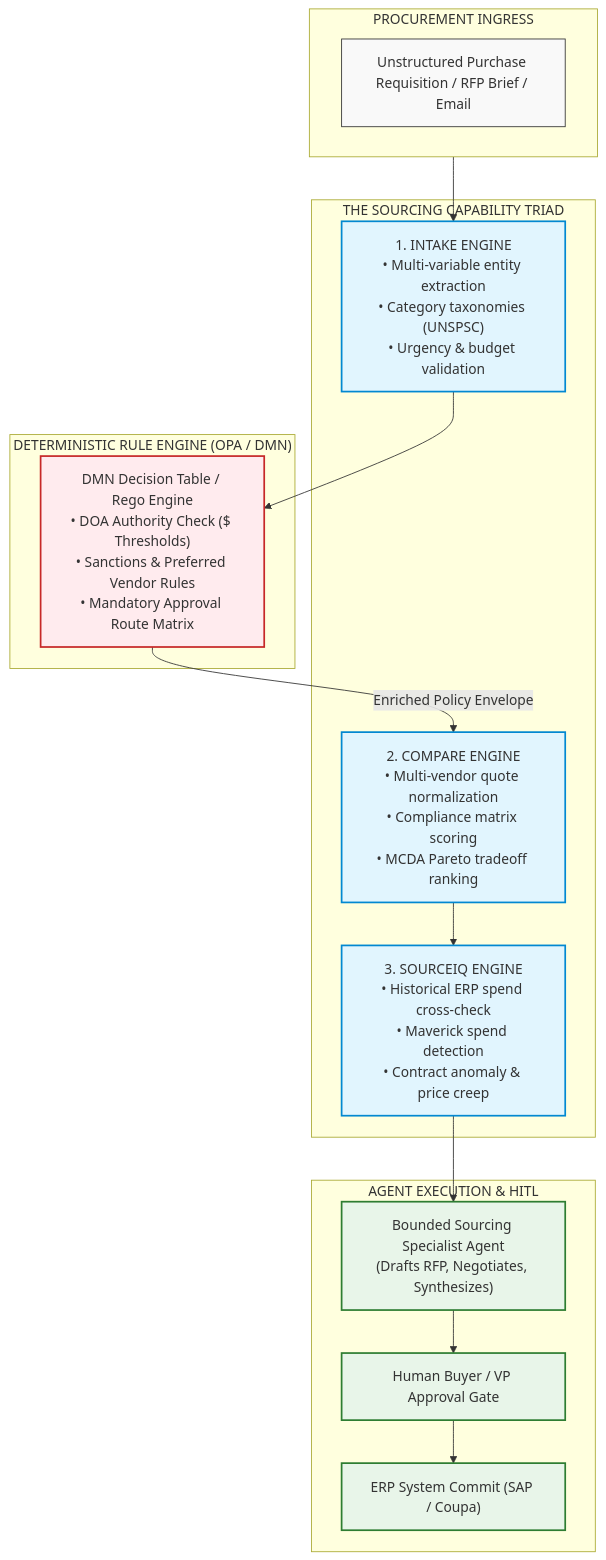
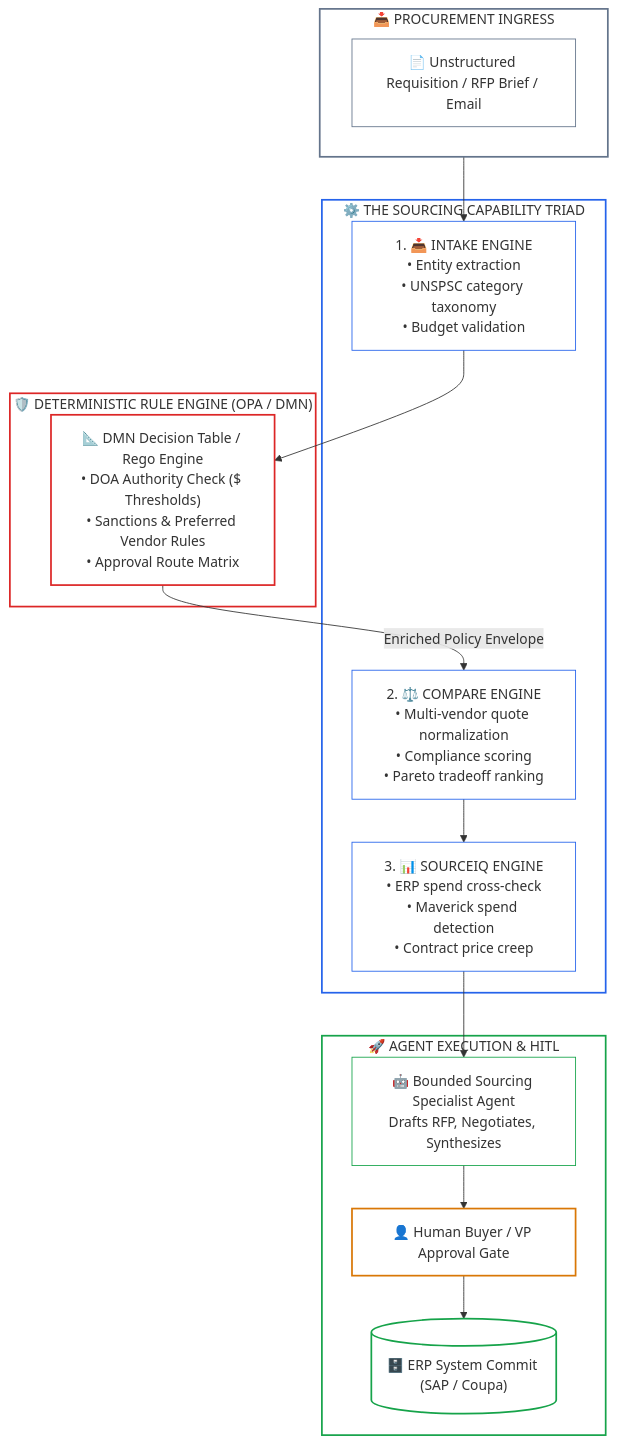
One commit to dip4k/senior-engineer-to-ai-engineer-roadmap changed the first of 2 diagrams in 04-agentic-systems-and-orchestration/reference/enterprise-sourcing-opa-case-study.md. Above: the diagram before and after it, drawn with Mermaid. The commit also changed other lines of this file and 94 other files, not shown here.

Commit message:
refactor(curriculum): complete Phase 04 upgrade and enforce diagram renderer invariants

````diff
--- a/04-agentic-systems-and-orchestration/reference/enterprise-sourcing-opa-case-study.md
+++ b/04-agentic-systems-and-orchestration/reference/enterprise-sourcing-opa-case-study.md
@@ -29,35 +29,43 @@
 ```mermaid
 flowchart TD
-    classDef ingress fill:#f9f9f9,stroke:#333,stroke-width:1px;
-    classDef triad fill:#e1f5fe,stroke:#0288d1,stroke-width:2px;
-    classDef boundary fill:#ffebee,stroke:#c62828,stroke-width:2px;
-    classDef exec fill:#e8f5e9,stroke:#2e7d32,stroke-width:2px;
-
-    subgraph Ingress["PROCUREMENT INGRESS"]
-        Req["Unstructured Purchase Requisition / RFP Brief / Email"]:::ingress
+    subgraph Ingress["📥 PROCUREMENT INGRESS"]
+        Req["📄 Unstructured Requisition / RFP Brief / Email"]
     end
 
-    subgraph CapabilityTriad["THE SOURCING CAPABILITY TRIAD"]
-        Intake["1. INTAKE ENGINE\n• Multi-variable entity extraction\n• Category taxonomies (UNSPSC)\n• Urgency & budget validation"]:::triad
-        Compare["2. COMPARE ENGINE\n• Multi-vendor quote normalization\n• Compliance matrix scoring\n• MCDA Pareto tradeoff ranking"]:::triad
-        SourceIQ["3. SOURCEIQ ENGINE\n• Historical ERP spend cross-check\n• Maverick spend detection\n• Contract anomaly & price creep"]:::triad
+    subgraph CapabilityTriad["⚙️ THE SOURCING CAPABILITY TRIAD"]
+        Intake["1. 📥 INTAKE ENGINE<br/>• Entity extraction<br/>• UNSPSC category taxonomy<br/>• Budget validation"]
+        Compare["2. ⚖️ COMPARE ENGINE<br/>• Multi-vendor quote normalization<br/>• Compliance scoring<br/>• Pareto tradeoff ranking"]
+        SourceIQ["3. 📊 SOURCEIQ ENGINE<br/>• ERP spend cross-check<br/>• Maverick spend detection<br/>• Contract price creep"]
     end
 
-    subgraph DeterministicBoundary["DETERMINISTIC RULE ENGINE (OPA / DMN)"]
-        DMN["DMN Decision Table / Rego Engine\n• DOA Authority Check ($ Thresholds)\n• Sanctions & Preferred Vendor Rules\n• Mandatory Approval Route Matrix"]:::boundary
+    subgraph DeterministicBoundary["🛡️ DETERMINISTIC RULE ENGINE (OPA / DMN)"]
+        DMN["📐 DMN Decision Table / Rego Engine<br/>• DOA Authority Check ($ Thresholds)<br/>• Sanctions & Preferred Vendor Rules<br/>• Approval Route Matrix"]
     end
 
-    subgraph ExecutionPlane["AGENT EXECUTION & HITL"]
-        Agent["Bounded Sourcing Specialist Agent\n(Drafts RFP, Negotiates, Synthesizes)"]:::exec
-        HITL["Human Buyer / VP Approval Gate"]:::exec
-        ERP["ERP System Commit (SAP / Coupa)"]:::exec
+    subgraph ExecutionPlane["🚀 AGENT EXECUTION & HITL"]
+        Agent["🤖 Bounded Sourcing Specialist Agent<br/>Drafts RFP, Negotiates, Synthesizes"]
+        HITL["👤 Human Buyer / VP Approval Gate"]
+        ERP[("🗄️ ERP System Commit (SAP / Coupa)")]
     end
 
     Ingress --> Intake
     Intake --> DMN
     DMN -->|"Enriched Policy Envelope"| Compare
     Compare --> SourceIQ
     SourceIQ --> Agent
     Agent --> HITL
     HITL --> ERP
+
+    style Ingress fill:none,stroke:#64748b,stroke-width:2px
+    style CapabilityTriad fill:none,stroke:#2563eb,stroke-width:2px
+    style DeterministicBoundary fill:none,stroke:#dc2626,stroke-width:2px
+    style ExecutionPlane fill:none,stroke:#16a34a,stroke-width:2px
+    style Req stroke:#64748b,stroke-width:1px,fill:none
+    style Intake stroke:#2563eb,stroke-width:1px,fill:none
+    style Compare stroke:#2563eb,stroke-width:1px,fill:none
+    style SourceIQ stroke:#2563eb,stroke-width:1px,fill:none
+    style DMN stroke:#dc2626,stroke-width:2px,fill:none
+    style Agent stroke:#16a34a,stroke-width:1px,fill:none
+    style HITL stroke:#d97706,stroke-width:2px,fill:none
+    style ERP stroke:#16a34a,stroke-width:2px,fill:none
 ```
````
